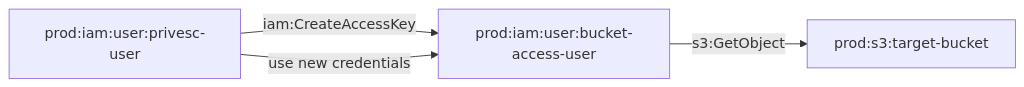
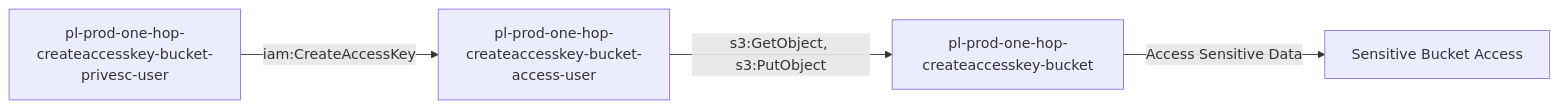
The diagram in modules/scenarios/prod/one-hop/to-bucket/iam-createaccesskey/README.md (DataDog/pathfinding-labs), drawn with Mermaid before and after one commit. The commit also changed other lines of this file and 149 other files, not shown here.

````diff
--- a/modules/scenarios/prod/one-hop/to-bucket/iam-createaccesskey/README.md
+++ b/modules/scenarios/prod/one-hop/to-bucket/iam-createaccesskey/README.md
@@ -13,6 +21,6 @@
 ```mermaid
 graph LR
-    A[prod:iam:user:privesc-user] -->|iam:CreateAccessKey| B[prod:iam:user:bucket-access-user]
-    A -->|use new credentials| B
-    B -->|s3:GetObject| C[prod:s3:target-bucket]
+    A[pl-prod-one-hop-createaccesskey-bucket-privesc-user] -->|iam:CreateAccessKey| B[pl-prod-one-hop-createaccesskey-bucket-access-user]
+    B -->|s3:GetObject, s3:PutObject| C[pl-prod-one-hop-createaccesskey-bucket]
+    C -->|Access Sensitive Data| D[Sensitive Bucket Access]
 ```
````
